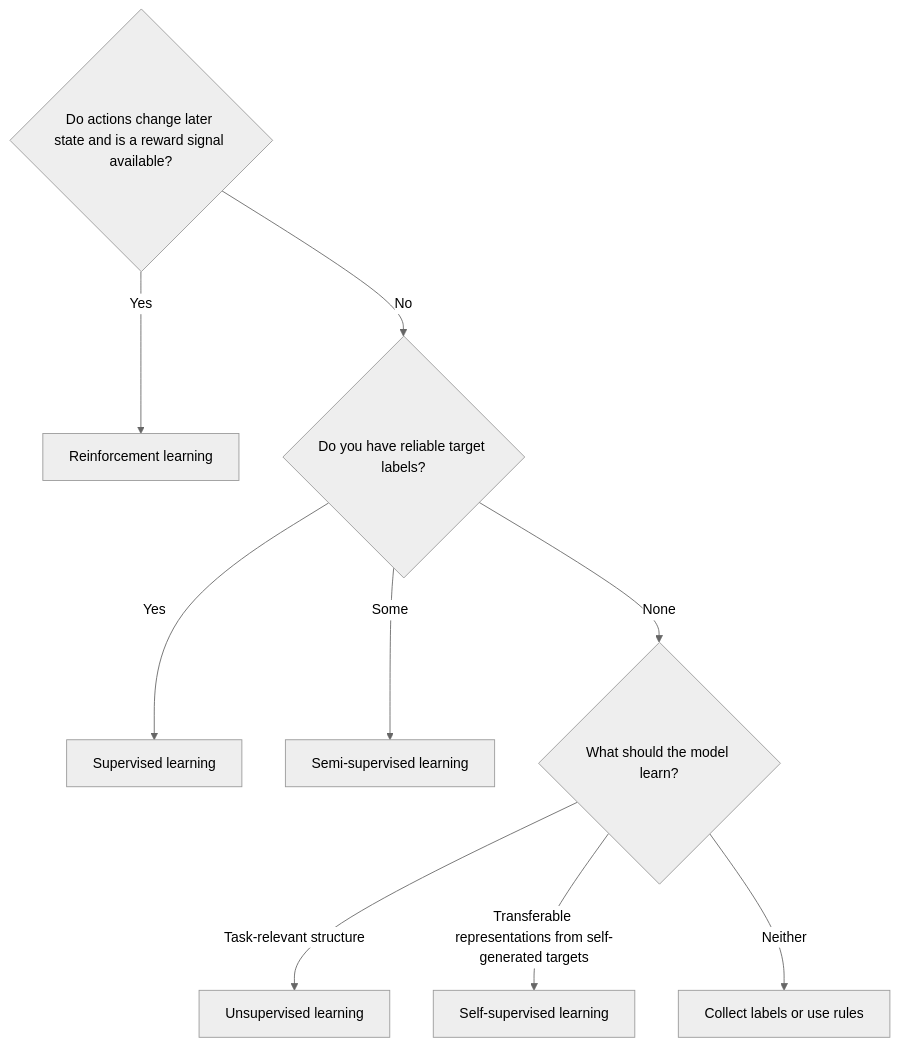
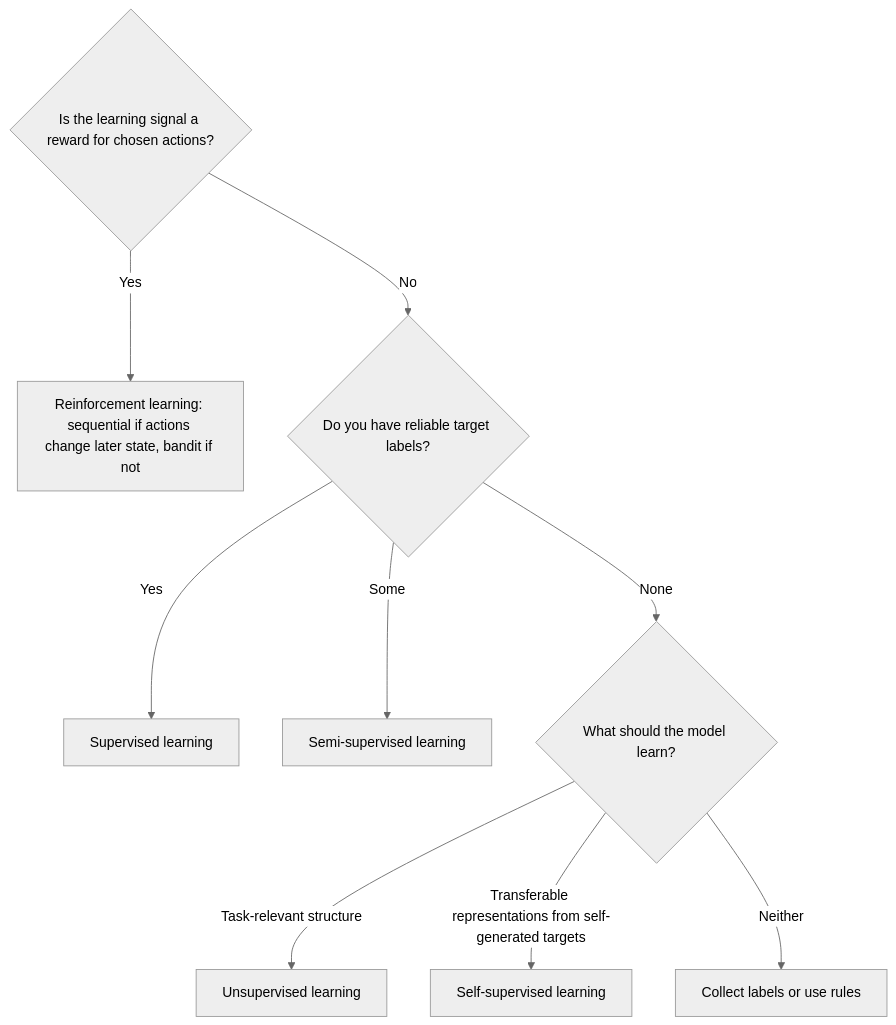
One commit to grafanaKibana/devbook.zip changed the diagram in Vault/Home/AI & ML/Machine Learning/Types/Types.md. Above: the diagram before and after it, drawn with Mermaid (neutral theme). The commit also changed other lines of this file and 151 other files, not shown here.

````diff
--- a/Vault/Home/AI & ML/Machine Learning/Types/Types.md
+++ b/Vault/Home/AI & ML/Machine Learning/Types/Types.md
@@ -80,11 +80,11 @@
 ```mermaid
 flowchart TD
-    A{Do actions change later state and is a reward signal available?} -->|Yes| D[Reinforcement learning]
+    A{Is the learning signal a reward for chosen actions?} -->|Yes| D["Reinforcement learning: sequential if actions change later state, bandit if not"]
     A -->|No| B{Do you have reliable target labels?}
     B -->|Yes| E[Supervised learning]
     B -->|Some| C[Semi-supervised learning]
     B -->|None| G{What should the model learn?}
     G -->|Task-relevant structure| H[Unsupervised learning]
     G -->|Transferable representations from self-generated targets| I[Self-supervised learning]
     G -->|Neither| F[Collect labels or use rules]
 ```
````
